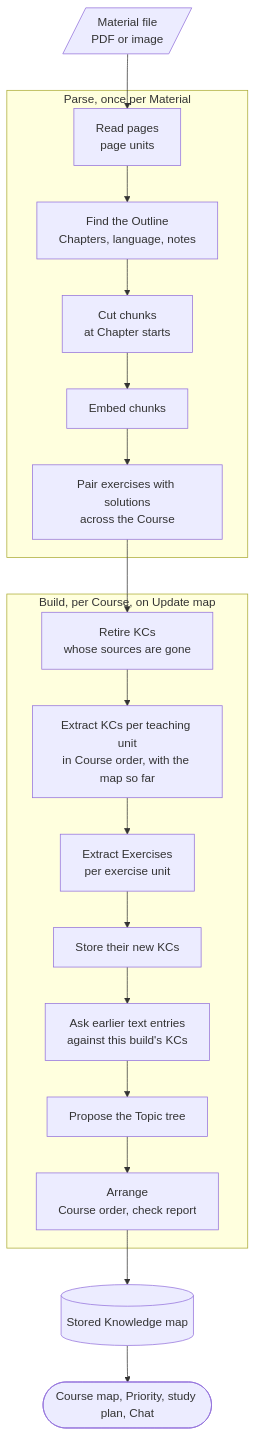
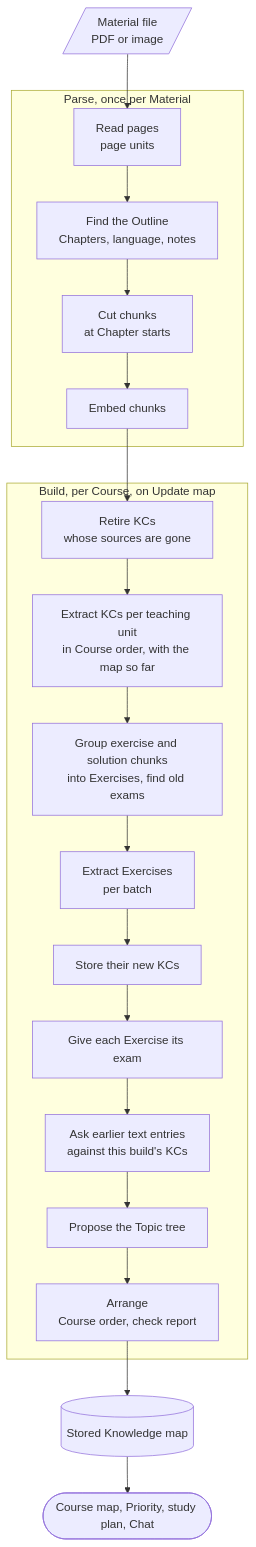
Before and after one commit to florianportscher/project-mastery: the first of 2 diagrams in docs/features/knowledge-map.md, drawn with Mermaid. The commit also changed other lines of this file and 136 other files, not shown here.

````diff
--- a/docs/features/knowledge-map.md
+++ b/docs/features/knowledge-map.md
@@ -30,29 +30,30 @@
 ```mermaid
 flowchart TD
   file[/"Material file<br/>PDF or image"/]
 
   subgraph parse ["Parse, once per Material"]
     pages["Read pages<br/>page units"]
     outline["Find the Outline<br/>Chapters, language, notes"]
     chunks["Cut chunks<br/>at Chapter starts"]
     embed["Embed chunks"]
-    pair["Pair exercises with solutions<br/>across the Course"]
-    pages --> outline --> chunks --> embed --> pair
+    pages --> outline --> chunks --> embed
   end
 
   subgraph build ["Build, per Course, on Update map"]
     retire["Retire KCs<br/>whose sources are gone"]
     extract["Extract KCs per teaching unit<br/>in Course order, with the map so far"]
-    exercises["Extract Exercises<br/>per exercise unit"]
+    group["Group exercise and solution chunks<br/>into Exercises, find old exams"]
+    exercises["Extract Exercises<br/>per batch"]
     store2["Store their new KCs"]
+    exams["Give each Exercise its exam"]
     assume["Ask earlier text entries<br/>against this build's KCs"]
     tree["Propose the Topic tree"]
     arrange["Arrange<br/>Course order, check report"]
-    retire --> extract --> exercises --> store2 --> assume --> tree --> arrange
+    retire --> extract --> group --> exercises --> store2 --> exams --> assume --> tree --> arrange
   end
 
   file --> pages
-  pair --> retire
+  embed --> retire
   arrange --> map[("Stored Knowledge map")]
   map --> tutoring(["Course map, Priority, study plan, Chat"])
 ```
````
